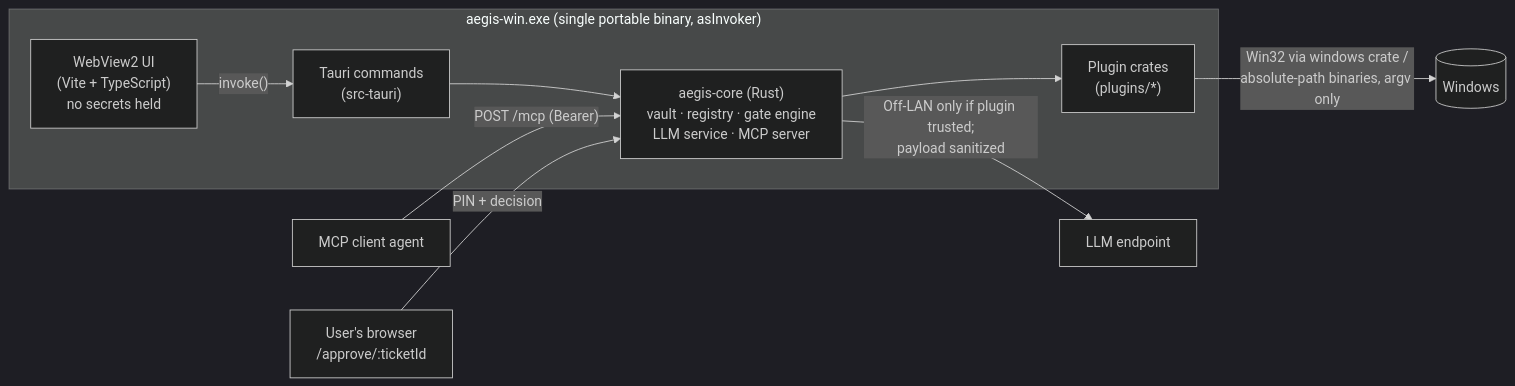
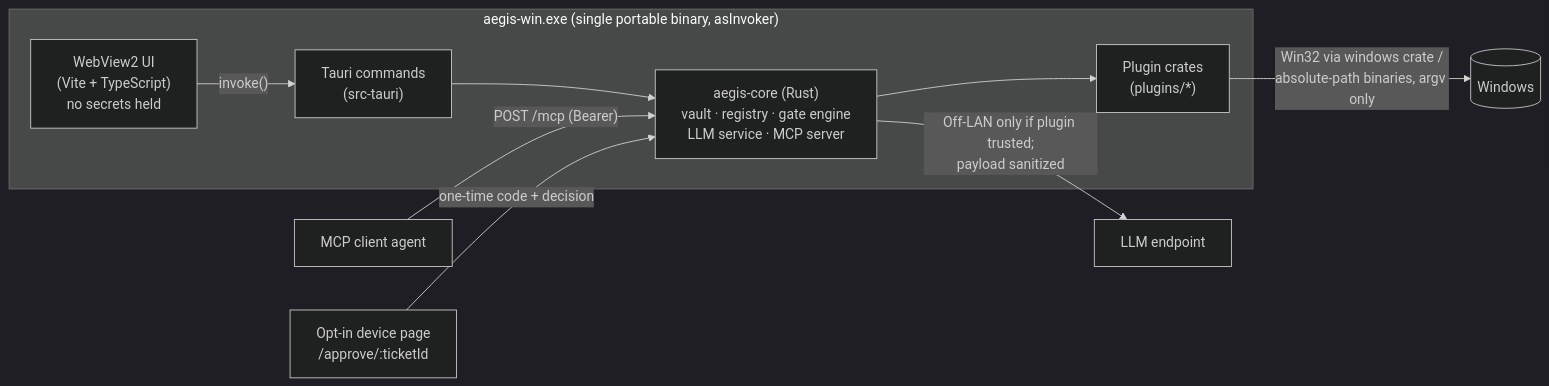
The fourth of 4 diagrams in documentation/ARCHITECTURE.md (jcrump97/aegis-win), drawn with Mermaid (dark theme) before and after one commit. The commit also changed other lines of this file and 23 other files, not shown here.

First line of the commit message:
(security) Approve in the app only by default; opt-in device approval with one-time codes, never the PIN on a web page

````diff
--- a/documentation/ARCHITECTURE.md
+++ b/documentation/ARCHITECTURE.md
@@ -118,14 +117,14 @@
 ```mermaid
 flowchart LR
     subgraph EXE["aegis-win.exe (single portable binary, asInvoker)"]
         UI["WebView2 UI<br/>(Vite + TypeScript)<br/>no secrets held"]
         CMD["Tauri commands<br/>(src-tauri)"]
         CORE["aegis-core (Rust)<br/>vault · registry · gate engine<br/>LLM service · MCP server"]
         PLG["Plugin crates<br/>(plugins/*)"]
         UI -- "invoke()" --> CMD --> CORE --> PLG
     end
     PLG -- "Win32 via windows crate /<br/>absolute-path binaries, argv only" --> OS[(Windows)]
     AGENT["MCP client agent"] -- "POST /mcp (Bearer)" --> CORE
-    BROWSER["User's browser<br/>/approve/:ticketId"] -- "PIN + decision" --> CORE
+    BROWSER["Opt-in device page<br/>/approve/:ticketId"] -- "one-time code + decision" --> CORE
     CORE -- "Off-LAN only if plugin trusted;<br/>payload sanitized" --> LLM["LLM endpoint"]
 ```
````
